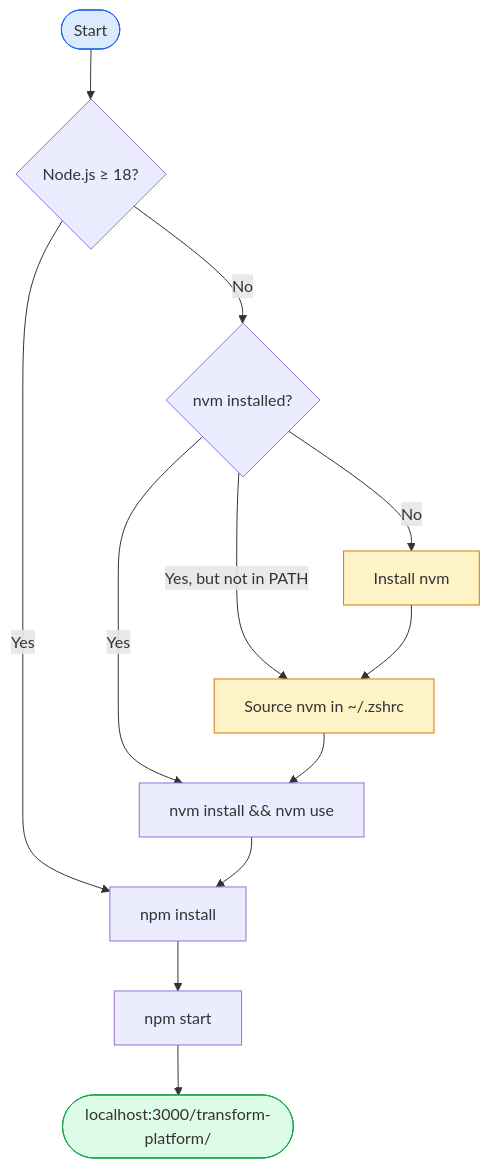
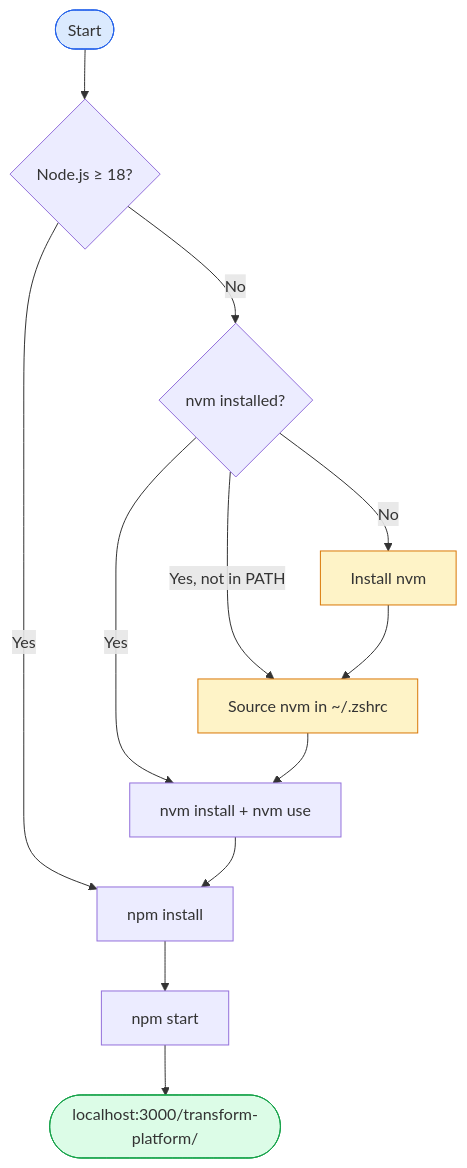
The first of 6 diagrams in website/docs/developer-setup.md (avinashreddyoceans/transform-platform), drawn with Mermaid before and after one commit. The commit also changed 5 other files, not shown here.

First line of the commit message:
fix(docs): fix Mermaid parse errors across all diagram pages

````diff
--- a/website/docs/developer-setup.md
+++ b/website/docs/developer-setup.md
@@ -15,22 +15,22 @@
 ```mermaid
 flowchart TD
     START([Start]) --> CHECK_NODE{Node.js ≥ 18?}
     CHECK_NODE -->|Yes| INSTALL[npm install]
     CHECK_NODE -->|No| NVM{nvm installed?}
 
     NVM -->|No| INSTALL_NVM[Install nvm]
-    NVM -->|Yes, but not in PATH| SOURCE_NVM[Source nvm in ~/.zshrc]
-    NVM -->|Yes| USE_NVM[nvm install && nvm use]
+    NVM -->|Yes, not in PATH| SOURCE_NVM["Source nvm in ~/.zshrc"]
+    NVM -->|Yes| USE_NVM["nvm install + nvm use"]
 
     INSTALL_NVM --> SOURCE_NVM
     SOURCE_NVM --> USE_NVM
     USE_NVM --> INSTALL
 
     INSTALL --> START_DEV[npm start]
-    START_DEV --> BROWSER([localhost:3000/transform-platform/])
+    START_DEV --> BROWSER(["localhost:3000/transform-platform/"])
 
     style START fill:#dbeafe,stroke:#2563eb
     style BROWSER fill:#dcfce7,stroke:#16a34a
     style SOURCE_NVM fill:#fef3c7,stroke:#d97706
     style INSTALL_NVM fill:#fef3c7,stroke:#d97706
 ```
````
